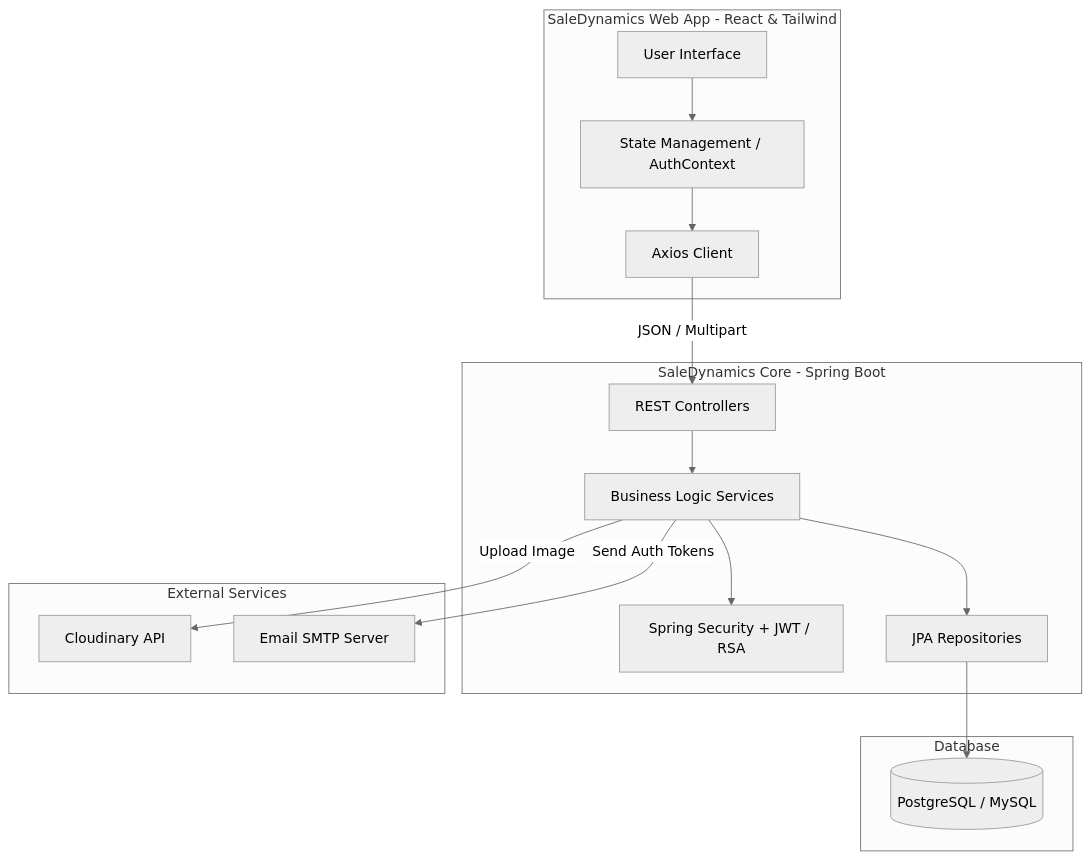
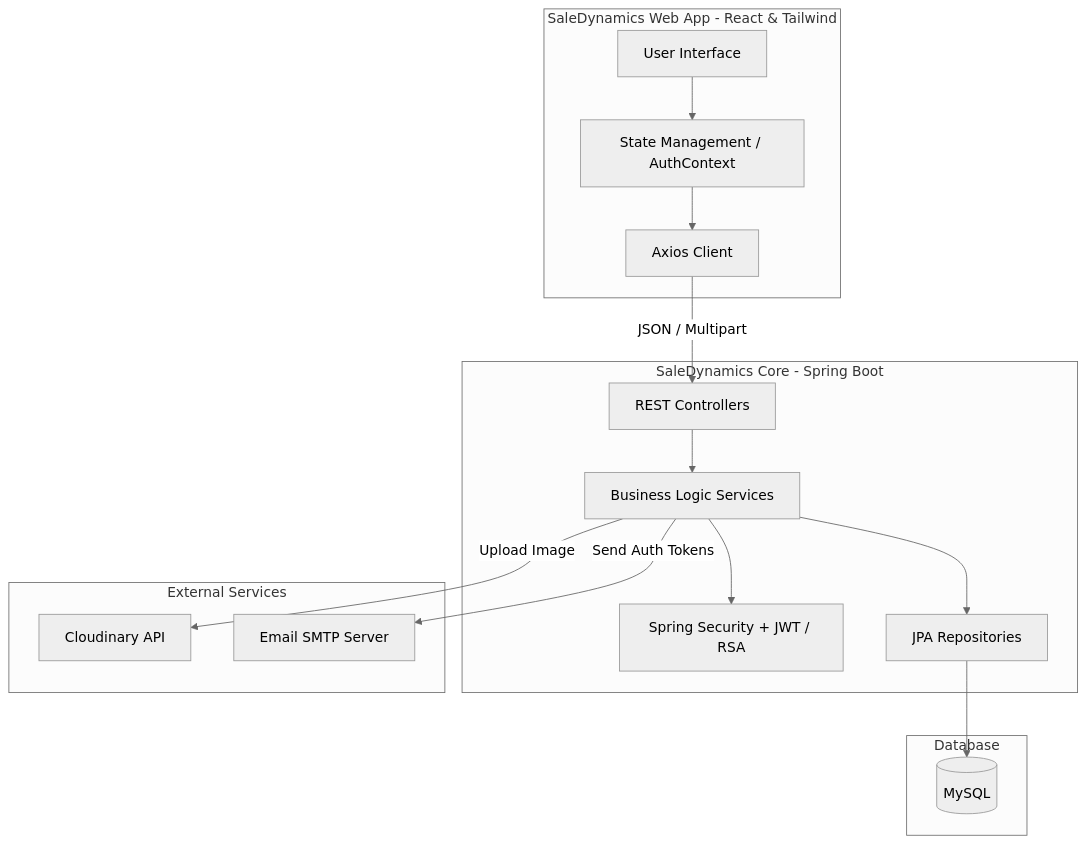
One commit to LPH1110/sale_dynamics changed the first of 2 diagrams in README.md. Above: the diagram before and after it, drawn with Mermaid (neutral theme).

Commit message:
docs: update architecture diagram to specify MySQL database dependency

````diff
--- a/README.md
+++ b/README.md
@@ -33,35 +33,35 @@
 ```mermaid
 graph TD
     subgraph Frontend [SaleDynamics Web App - React & Tailwind]
         UI[User Interface]
         State[State Management / AuthContext]
         API_Client[Axios Client]
     end
 
     subgraph Backend [SaleDynamics Core - Spring Boot]
         Controllers[REST Controllers]
         Services[Business Logic Services]
         Security[Spring Security + JWT / RSA]
         Repositories[JPA Repositories]
     end
 
     subgraph External Services
         Cloudinary[Cloudinary API]
         SMTP[Email SMTP Server]
     end
 
     subgraph Database
-        DB[(PostgreSQL / MySQL)]
+        DB[(MySQL)]
     end
 
     UI --> State
     State --> API_Client
     API_Client -- "JSON / Multipart" --> Controllers
     Controllers --> Services
     Services --> Security
     Services --> Repositories
     Repositories --> DB
     
     Services -- "Upload Image" --> Cloudinary
     Services -- "Send Auth Tokens" --> SMTP
 ```
````
